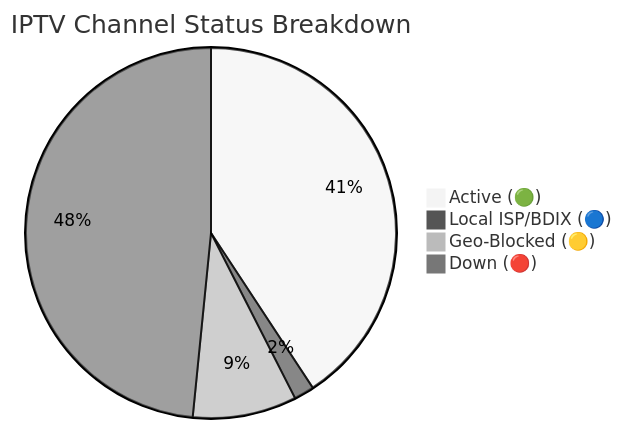
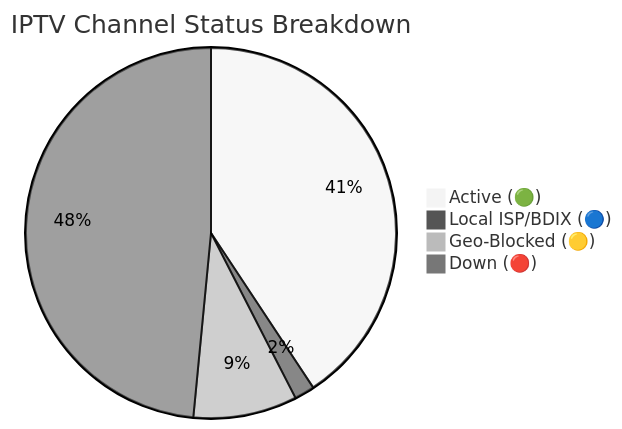
Before and after one commit to andreataylord/Ip-tv-Collection: the diagram in README.md, drawn with Mermaid (neutral theme). The commit also changed other lines of this file and 1 other file, not shown here.

Commit message:
docs(readme): auto-update daily channel status chart

````diff
--- a/README.md
+++ b/README.md
@@ -59,7 +59,7 @@
 ```mermaid
 pie title IPTV Channel Status Breakdown
-    "Active (🟢)" : 2956
+    "Active (🟢)" : 2953
     "Local ISP/BDIX (🔵)" : 128
-    "Geo-Blocked (🟡)" : 658
-    "Down (🔴)" : 3513
+    "Geo-Blocked (🟡)" : 657
+    "Down (🔴)" : 3517
 ```
````
